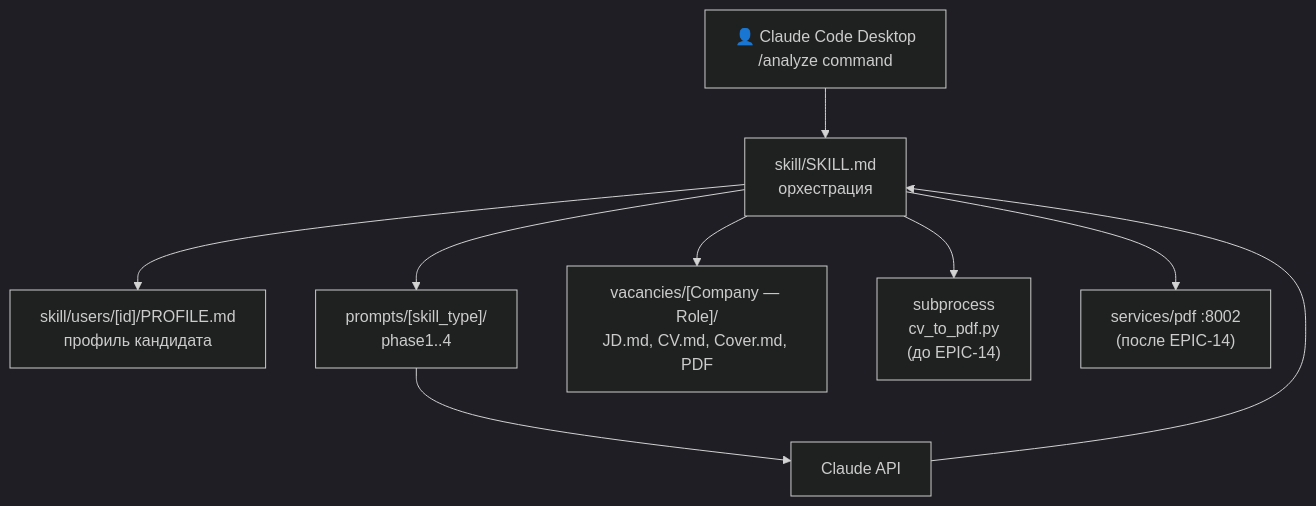
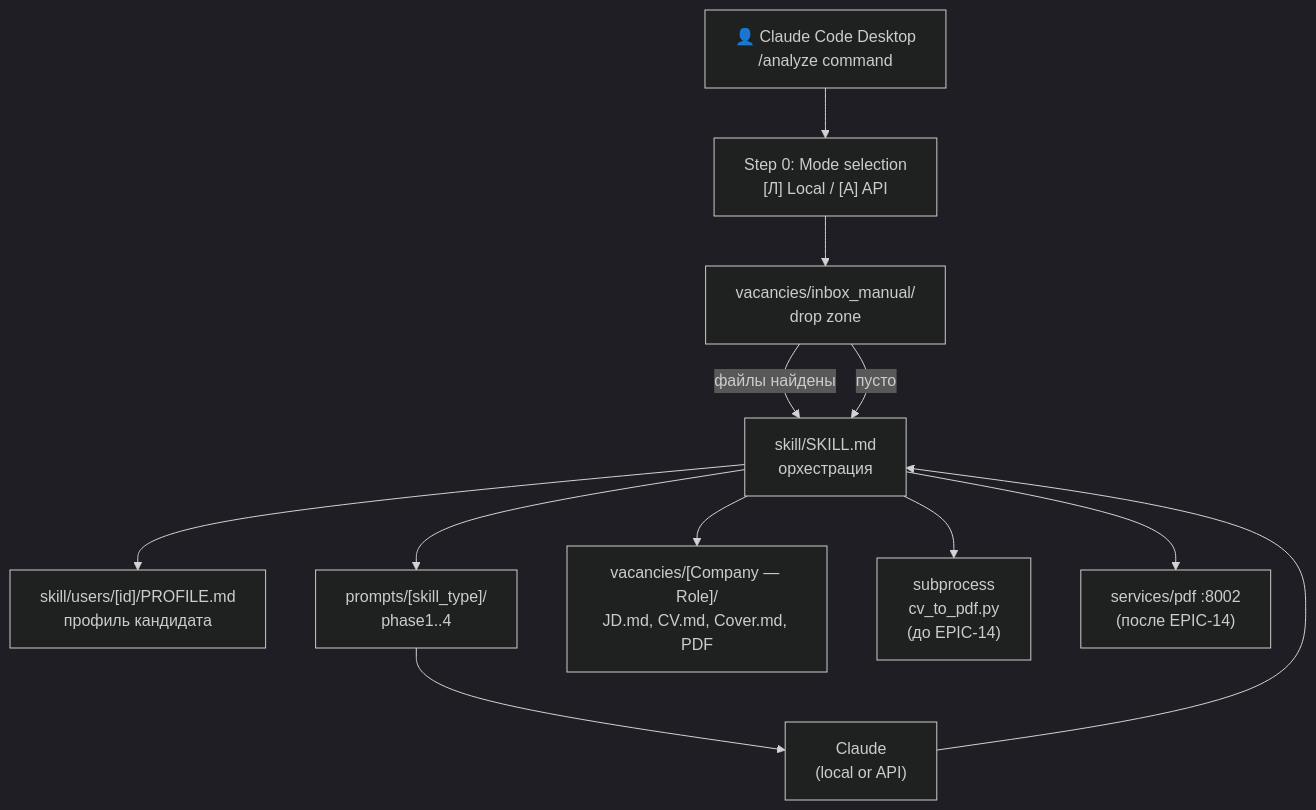
Before and after one commit to ioncat/agent-hub: the second of 2 diagrams in docs/local-app.md, drawn with Mermaid (dark theme). The commit also changed other lines of this file and 26 other files, not shown here.

````diff
--- a/docs/local-app.md
+++ b/docs/local-app.md
@@ -204,20 +247,25 @@
 ```mermaid
 graph TD
     CC["👤 Claude Code Desktop\n/analyze command"]
+    MODE["Step 0: Mode selection\n[Л] Local / [A] API"]
+    INBOX["vacancies/inbox_manual/\ndrop zone"]
     SKILL["skill/SKILL.md\nорхестрация"]
     PROFILE["skill/users/[id]/PROFILE.md\nпрофиль кандидата"]
     Prompts["prompts/[skill_type]/\nphase1..4"]
-    Claude["Claude API"]
+    Claude["Claude\n(local or API)"]
     FS["vacancies/[Company — Role]/\nJD.md, CV.md, Cover.md, PDF"]
     PDF_local["subprocess\ncv_to_pdf.py\n(до EPIC-14)"]
     PDF_svc["services/pdf :8002\n(после EPIC-14)"]
 
-    CC --> SKILL
+    CC --> MODE
+    MODE --> INBOX
+    INBOX -->|"файлы найдены"| SKILL
+    INBOX -->|"пусто"| SKILL
     SKILL --> PROFILE
     SKILL --> Prompts
     Prompts --> Claude
     Claude --> SKILL
     SKILL --> FS
     SKILL --> PDF_local
     SKILL --> PDF_svc
 ```
````
